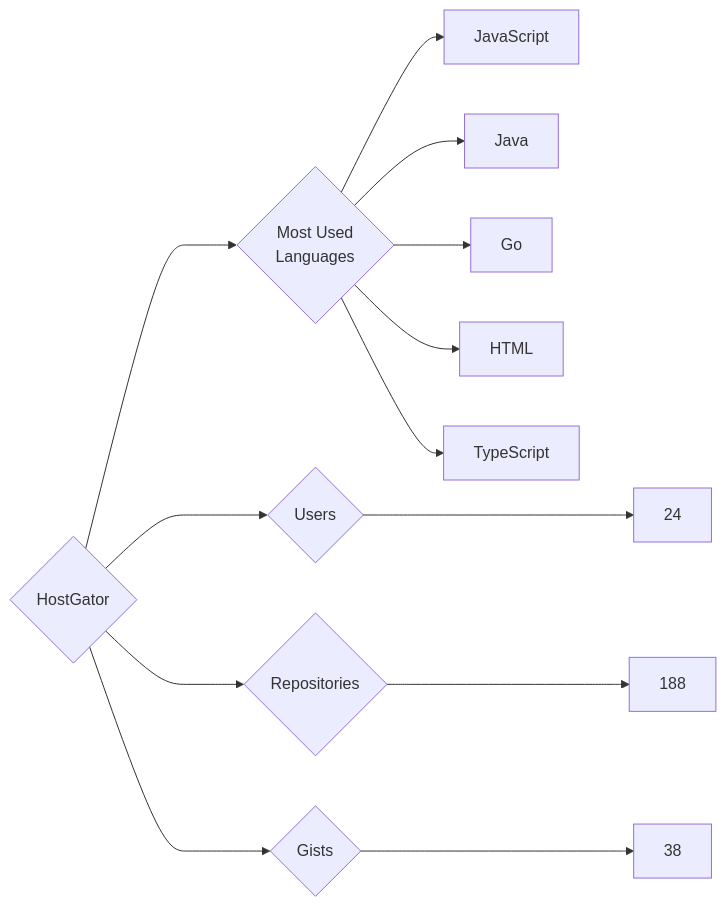
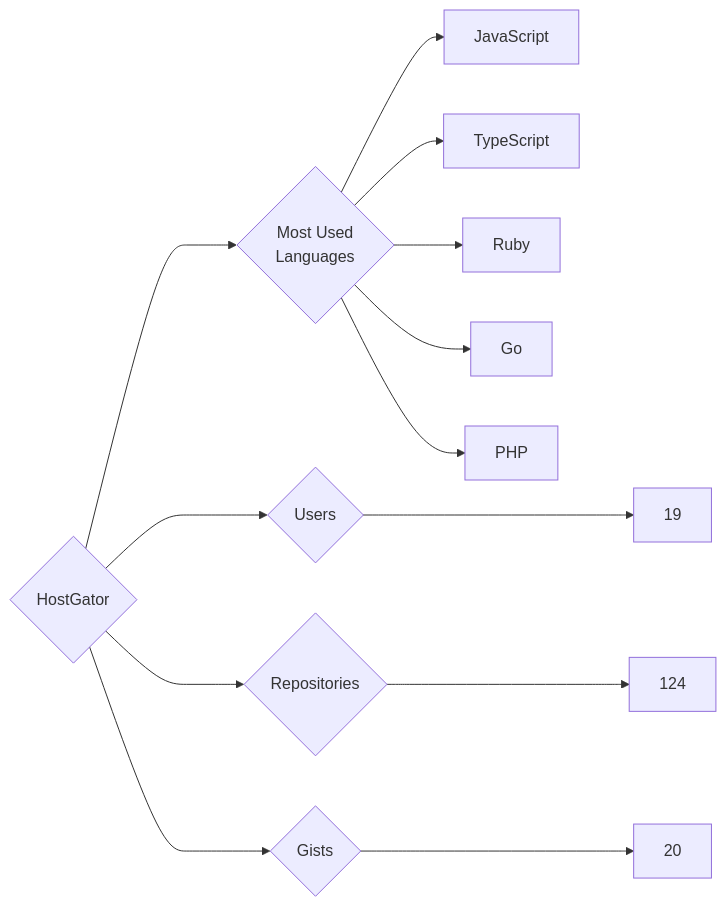
Before and after one commit to trickest/insiders: the diagram in targets/HostGator/README.md, drawn with Mermaid. The commit also changed 772 other files, not shown here.

````diff
--- a/targets/HostGator/README.md
+++ b/targets/HostGator/README.md
@@ -3,13 +3,13 @@
 ```mermaid
 graph LR
 COMPANY_NAME{HostGator}
-COMPANY_NAME ---> U{Users} ---> UN[24]
-COMPANY_NAME ---> R{Repositories} ---> RN[188]
-COMPANY_NAME ---> G{Gists} ---> GN[38]
+COMPANY_NAME ---> U{Users} ---> UN[19]
+COMPANY_NAME ---> R{Repositories} ---> RN[124]
+COMPANY_NAME ---> G{Gists} ---> GN[20]
 COMPANY_NAME ---> ML{Most Used<br>Languages}
 ML --> JavaScript[JavaScript]
-ML --> Java[Java]
+ML --> TypeScript[TypeScript]
+ML --> Ruby[Ruby]
 ML --> Go[Go]
-ML --> HTML[HTML]
-ML --> TypeScript[TypeScript]
+ML --> PHP[PHP]
 ```
````
